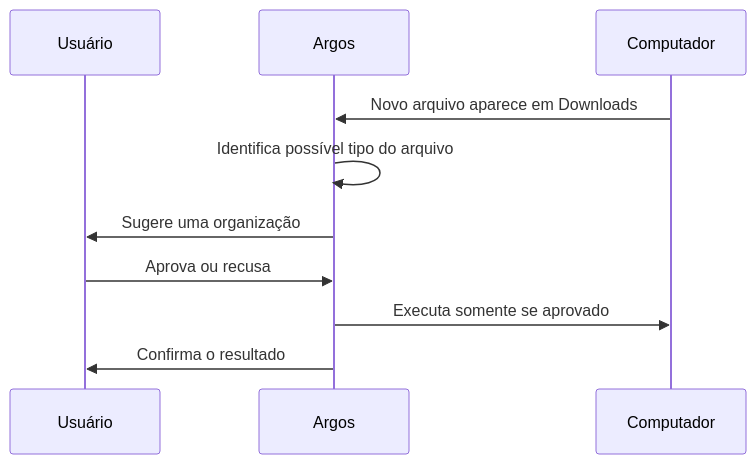
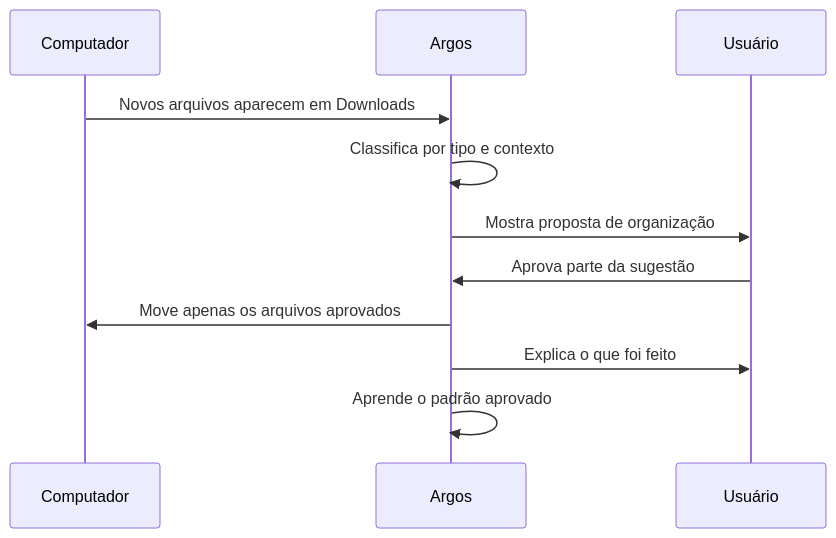
The fifth of 9 diagrams in README.md (BrunoDanielPF/argos-assistant), drawn with Mermaid before and after one commit. The commit also changed other lines of this file, not shown here.

````diff
--- a/README.md
+++ b/README.md
@@ -108,13 +188,14 @@
 ```mermaid
 sequenceDiagram
+    participant PC as Computador
+    participant A as Argos
     participant U as Usuário
-    participant A as Argos
-    participant PC as Computador
 
-    PC->>A: Novo arquivo aparece em Downloads
-    A->>A: Identifica possível tipo do arquivo
-    A->>U: Sugere uma organização
-    U->>A: Aprova ou recusa
-    A->>PC: Executa somente se aprovado
-    A->>U: Confirma o resultado
+    PC->>A: Novos arquivos aparecem em Downloads
+    A->>A: Classifica por tipo e contexto
+    A->>U: Mostra proposta de organização
+    U->>A: Aprova parte da sugestão
+    A->>PC: Move apenas os arquivos aprovados
+    A->>U: Explica o que foi feito
+    A->>A: Aprende o padrão aprovado
 ```
````
